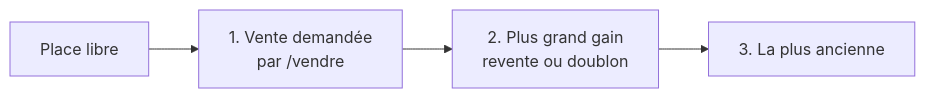
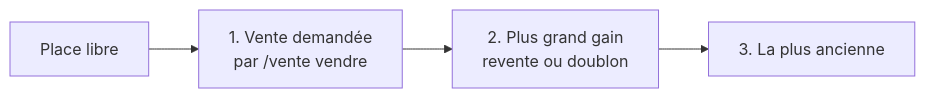
Before and after one commit to MaKSiiMe/WikiMastered: the fifth of 8 diagrams in docs/FONCTIONNEMENT.md, drawn with Mermaid. The commit also changed other lines of this file and 44 other files, not shown here.

````diff
--- a/docs/FONCTIONNEMENT.md
+++ b/docs/FONCTIONNEMENT.md
@@ -165,6 +165,6 @@
 ```mermaid
 flowchart LR
-    P["Place libre"] --> V["1. Vente demandée<br/>par /vendre"]
+    P["Place libre"] --> V["1. Vente demandée<br/>par /vente vendre"]
     V --> B["2. Plus grand gain<br/>revente ou doublon"]
     B --> C["3. La plus ancienne"]
 ```
````
